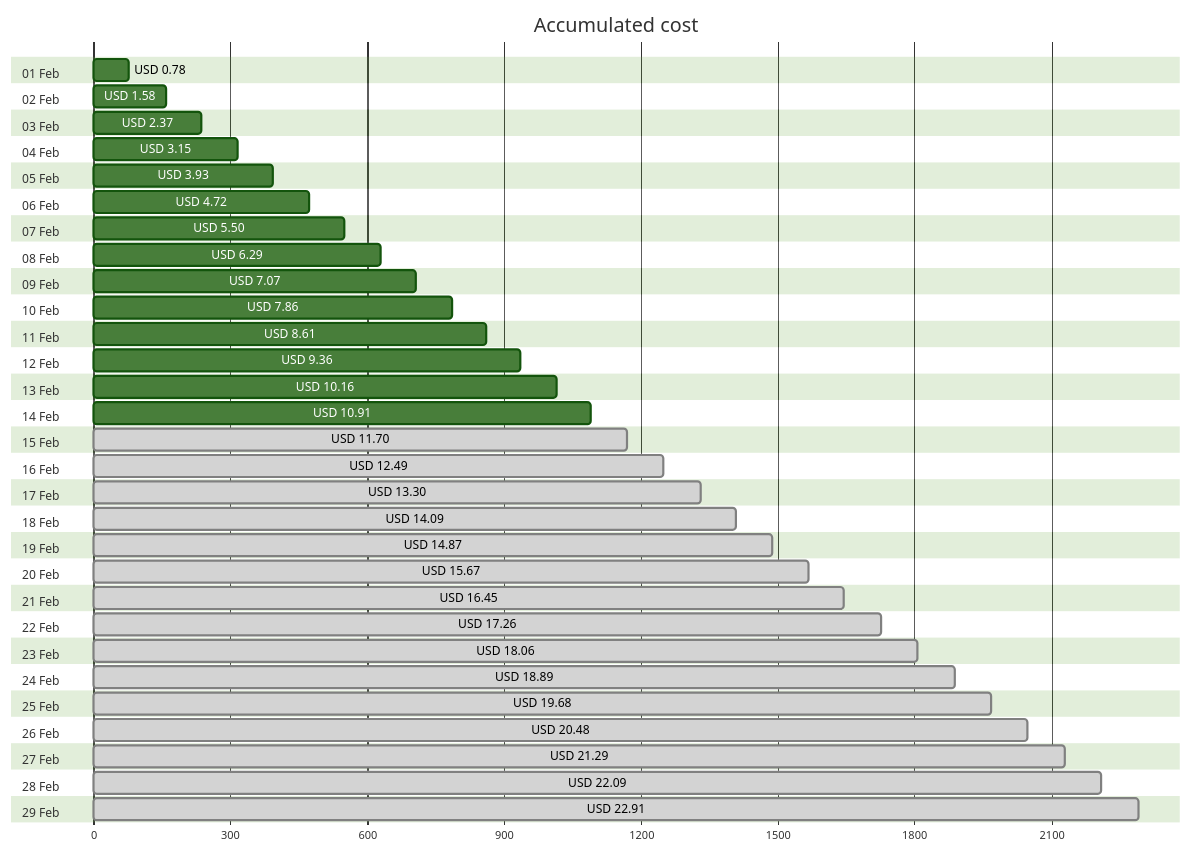
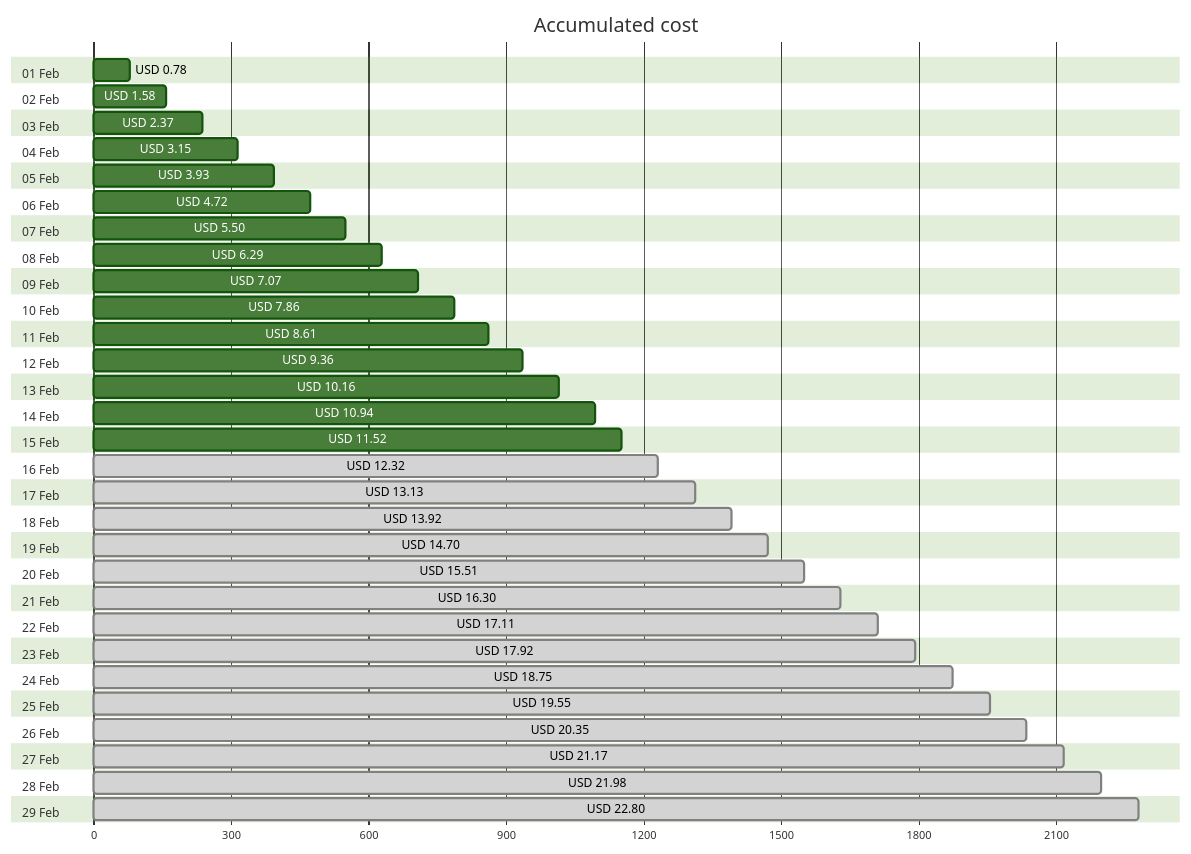
Before and after one commit to jpfulton/azure-personal-reports: the first of 4 diagrams in cost-reports/personal-network/backup-server-data-disk.md, drawn with Mermaid (forest theme). The commit also changed other lines of this file and 8 other files, not shown here.

````diff
--- a/cost-reports/personal-network/backup-server-data-disk.md
+++ b/cost-reports/personal-network/backup-server-data-disk.md
@@ -20,64 +20,64 @@
 ```mermaid
 gantt
    title Accumulated cost
    dateFormat  X
    axisFormat %s
    section 01 Feb
    USD 0.78 :0, 78
    section 02 Feb
    USD 1.58 :0, 158
    section 03 Feb
    USD 2.37 :0, 237
    section 04 Feb
    USD 3.15 :0, 315
    section 05 Feb
    USD 3.93 :0, 393
    section 06 Feb
    USD 4.72 :0, 472
    section 07 Feb
    USD 5.50 :0, 550
    section 08 Feb
    USD 6.29 :0, 629
    section 09 Feb
    USD 7.07 :0, 707
    section 10 Feb
    USD 7.86 :0, 786
    section 11 Feb
    USD 8.61 :0, 861
    section 12 Feb
    USD 9.36 :0, 936
    section 13 Feb
    USD 10.16 :0, 1016
    section 14 Feb
-   USD 10.91 :0, 1091
+   USD 10.94 :0, 1094
    section 15 Feb
-   USD 11.70 : done, 0, 1170
+   USD 11.52 :0, 1152
    section 16 Feb
-   USD 12.49 : done, 0, 1249
+   USD 12.32 : done, 0, 1232
    section 17 Feb
-   USD 13.30 : done, 0, 1330
+   USD 13.13 : done, 0, 1313
    section 18 Feb
-   USD 14.09 : done, 0, 1409
+   USD 13.92 : done, 0, 1392
    section 19 Feb
-   USD 14.87 : done, 0, 1487
+   USD 14.70 : done, 0, 1470
    section 20 Feb
-   USD 15.67 : done, 0, 1567
+   USD 15.51 : done, 0, 1551
    section 21 Feb
-   USD 16.45 : done, 0, 1645
+   USD 16.30 : done, 0, 1630
    section 22 Feb
-   USD 17.26 : done, 0, 1726
+   USD 17.11 : done, 0, 1711
    section 23 Feb
-   USD 18.06 : done, 0, 1806
+   USD 17.92 : done, 0, 1792
    section 24 Feb
-   USD 18.89 : done, 0, 1889
+   USD 18.75 : done, 0, 1875
    section 25 Feb
-   USD 19.68 : done, 0, 1968
+   USD 19.55 : done, 0, 1955
    section 26 Feb
-   USD 20.48 : done, 0, 2048
+   USD 20.35 : done, 0, 2035
    section 27 Feb
-   USD 21.29 : done, 0, 2129
+   USD 21.17 : done, 0, 2117
    section 28 Feb
-   USD 22.09 : done, 0, 2209
+   USD 21.98 : done, 0, 2198
    section 29 Feb
-   USD 22.91 : done, 0, 2291
+   USD 22.80 : done, 0, 2280
 ```
````
